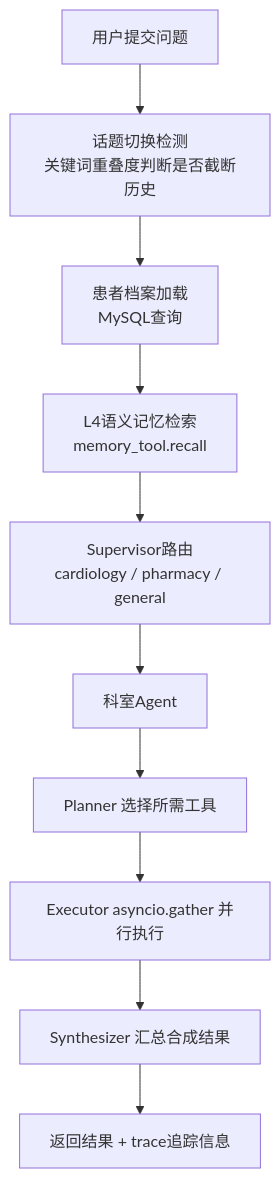
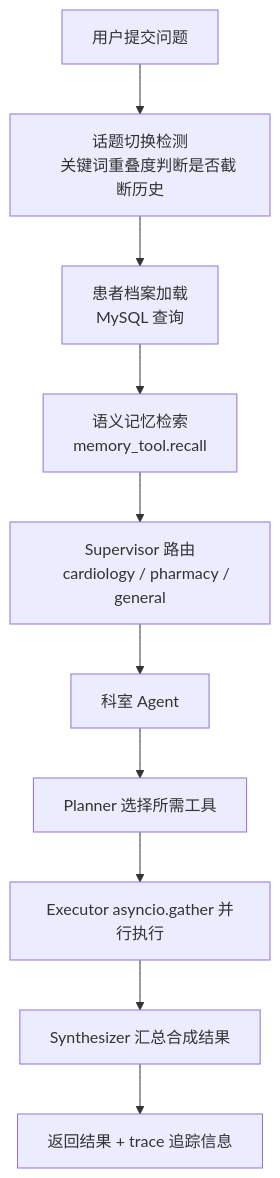
One commit to Dillon-Xue/med_agent_v1 changed the first of 5 diagrams in README.md. Above: the diagram before and after it, drawn with Mermaid. The commit also changed other lines of this file, not shown here.

````diff
--- a/README.md
+++ b/README.md
@@ -229,12 +266,16 @@
 ```mermaid
 flowchart TD
-    A[用户提交问题] --> B[话题切换检测<br>关键词重叠度判断是否截断历史]
-    B --> C[患者档案加载<br>MySQL查询]
-    C --> D[L4语义记忆检索<br>memory_tool.recall]
-    D --> E[Supervisor路由<br>cardiology / pharmacy / general]
-    E --> F[科室Agent]
+    A[用户提交问题] --> B[话题切换检测
+    关键词重叠度判断是否截断历史]
+    B --> C[患者档案加载
+    MySQL 查询]
+    C --> D[语义记忆检索
+    memory_tool.recall]
+    D --> E[Supervisor 路由
+    cardiology / pharmacy / general]
+    E --> F[科室 Agent]
     F --> F1[Planner 选择所需工具]
     F1 --> F2[Executor asyncio.gather 并行执行]
     F2 --> F3[Synthesizer 汇总合成结果]
-    F3 --> G[返回结果 + trace追踪信息]
+    F3 --> G[返回结果 + trace 追踪信息]
 ```
````
